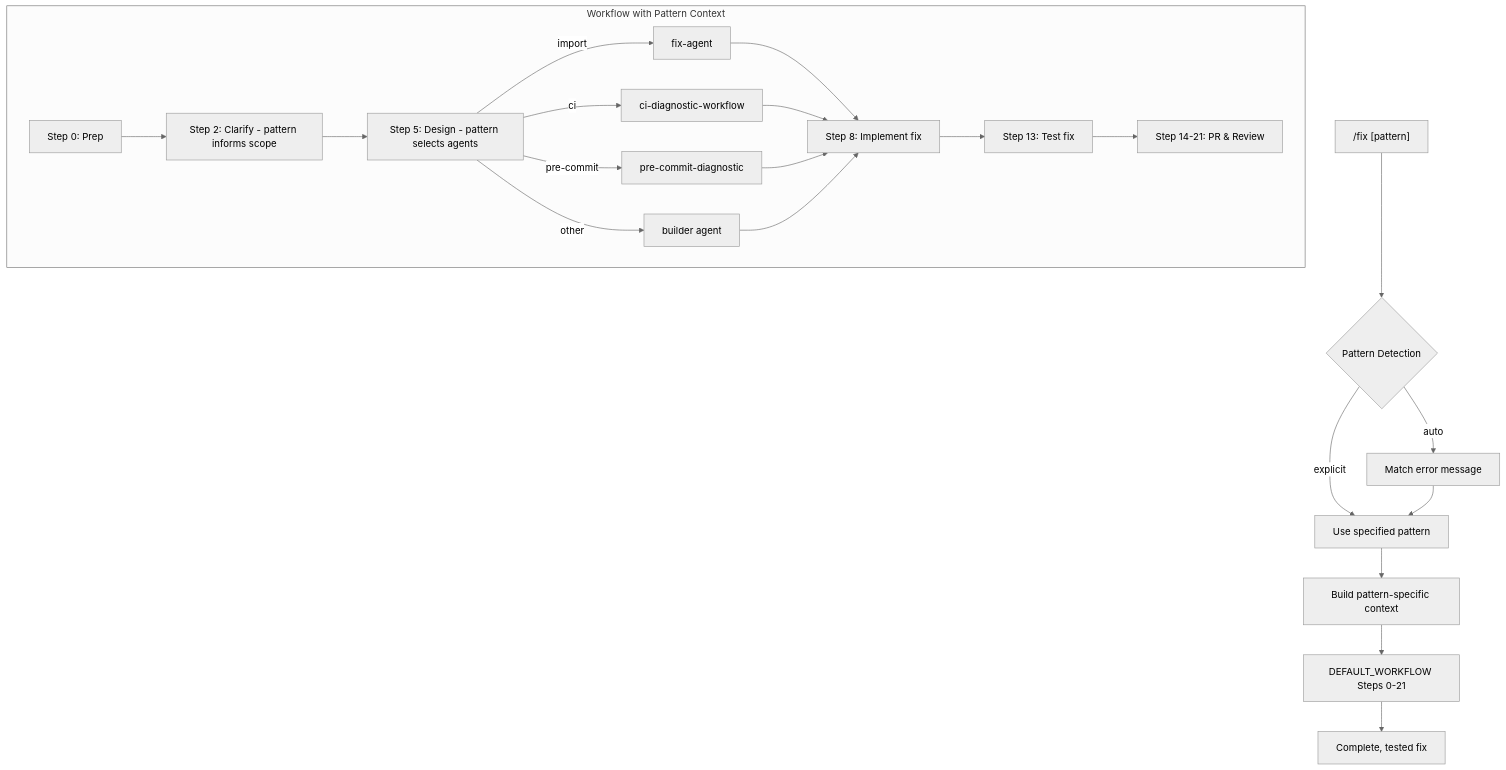
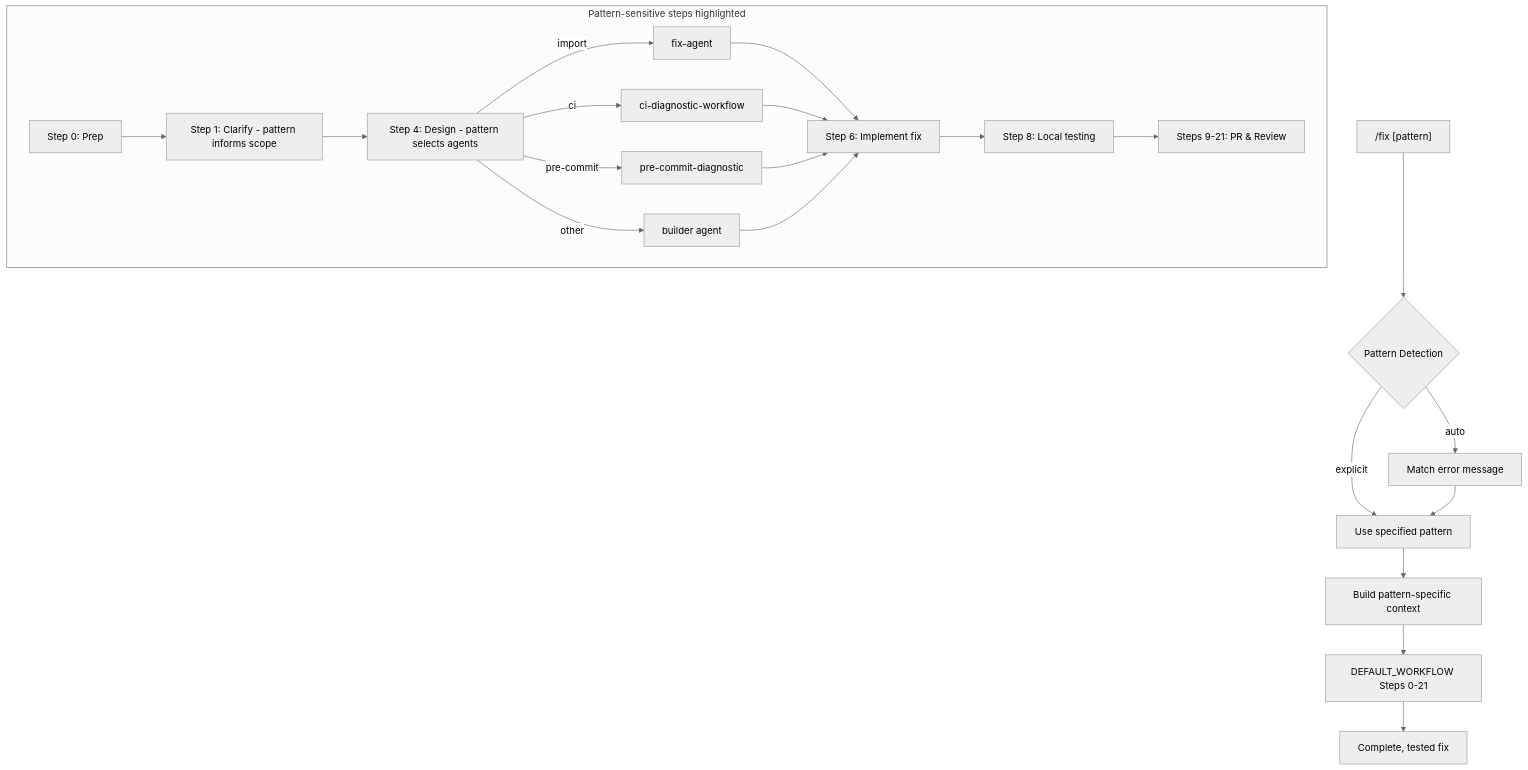
The diagram in .claude/commands/amplihack/fix.md (rysweet/amplihack), drawn with Mermaid (neutral theme) before and after one commit. The commit also changed 3 other files, not shown here.

````diff
--- a/.claude/commands/amplihack/fix.md
+++ b/.claude/commands/amplihack/fix.md
@@ -65,24 +65,24 @@
 ```mermaid
 flowchart TD
     CMD["/fix [pattern]"] --> DETECT{Pattern Detection}
     DETECT -->|explicit| PAT[Use specified pattern]
     DETECT -->|auto| AUTO[Match error message]
     AUTO --> PAT
 
     PAT --> CTX[Build pattern-specific context]
     CTX --> WF[DEFAULT_WORKFLOW Steps 0-21]
 
-    subgraph WF_DETAIL["Workflow with Pattern Context"]
-        S0[Step 0: Prep] --> S2[Step 2: Clarify - pattern informs scope]
-        S2 --> S5[Step 5: Design - pattern selects agents]
-        S5 -->|import| FIX_AGENT[fix-agent]
-        S5 -->|ci| CI_AGENT[ci-diagnostic-workflow]
-        S5 -->|pre-commit| PC_AGENT[pre-commit-diagnostic]
-        S5 -->|other| BUILD[builder agent]
-        FIX_AGENT & CI_AGENT & PC_AGENT & BUILD --> S8[Step 8: Implement fix]
-        S8 --> S13[Step 13: Test fix]
-        S13 --> S14[Step 14-21: PR & Review]
+    subgraph WF_DETAIL["Pattern-sensitive steps highlighted"]
+        S0[Step 0: Prep] --> S1[Step 1: Clarify - pattern informs scope]
+        S1 --> S4[Step 4: Design - pattern selects agents]
+        S4 -->|import| FIX_AGENT[fix-agent]
+        S4 -->|ci| CI_AGENT[ci-diagnostic-workflow]
+        S4 -->|pre-commit| PC_AGENT[pre-commit-diagnostic]
+        S4 -->|other| BUILD[builder agent]
+        FIX_AGENT & CI_AGENT & PC_AGENT & BUILD --> S6[Step 6: Implement fix]
+        S6 --> S8[Step 8: Local testing]
+        S8 --> S9_21[Steps 9-21: PR & Review]
     end
 
     WF --> DONE[Complete, tested fix]
 ```
````
